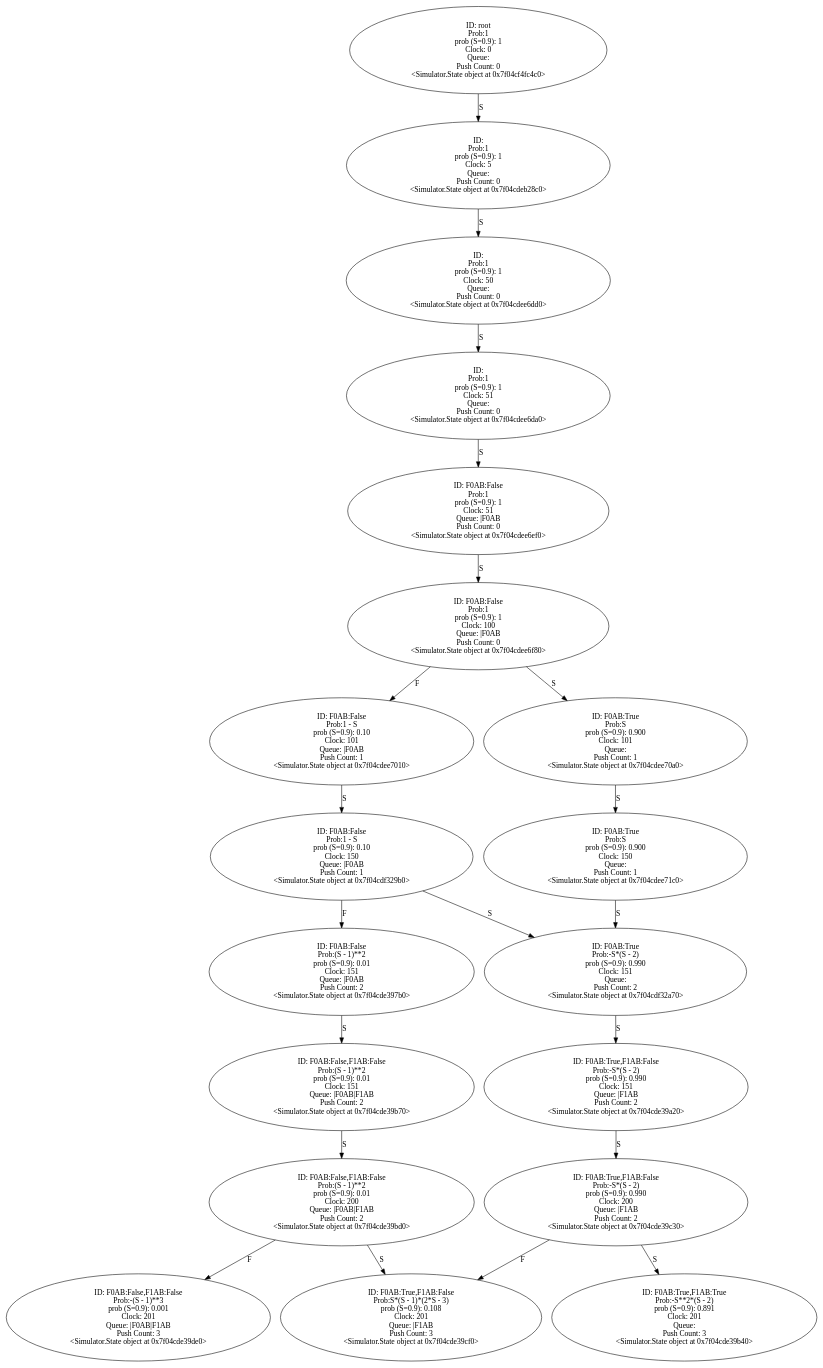
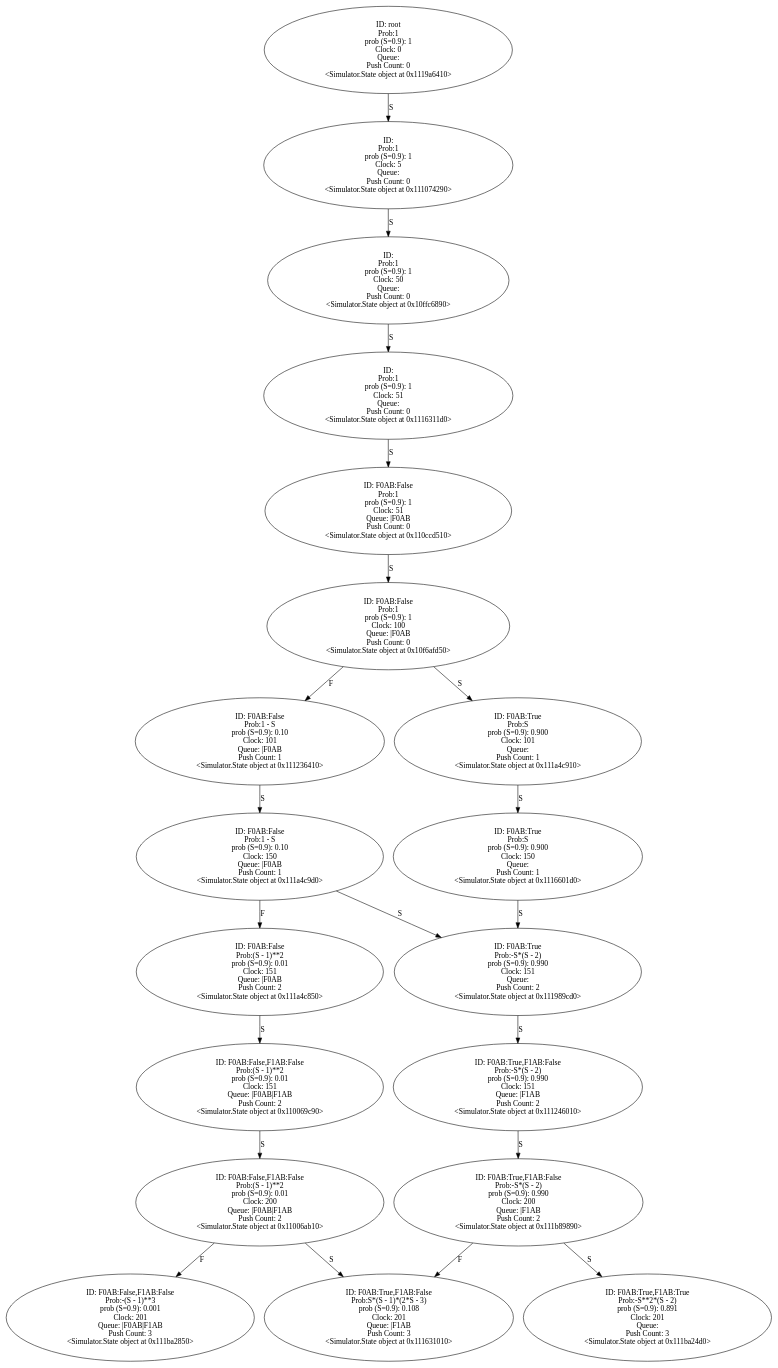
The diagram in Output/controled_frequency_S50_R100_t5_tPlus200.gv (YasinBoloorchi/WARP-Simulator), drawn with Graphviz before and after one commit. The commit also changed 26 other files, not shown here.

```diff
--- a/Output/controled_frequency_S50_R100_t5_tPlus200.gv
+++ b/Output/controled_frequency_S50_R100_t5_tPlus200.gv
@@ -1,155 +1,155 @@
 digraph "./Output/./controled_frequency_S50_R100_t5_tPlus200" {
-	<Simulator.State object at 0x7f04cf4fc4c0> [label="ID: root
+	<Simulator.State object at 0x1119a6410> [label="ID: root
 Prob:1
 prob (S=0.9): 1
 Clock: 0
 Queue: 
 Push Count: 0
-<Simulator.State object at 0x7f04cf4fc4c0>"]
-	<Simulator.State object at 0x7f04cf4fc4c0> -> <Simulator.State object at 0x7f04cdeb28c0> [label=S]
-	<Simulator.State object at 0x7f04cdeb28c0> [label="ID: 
+<Simulator.State object at 0x1119a6410>"]
+	<Simulator.State object at 0x1119a6410> -> <Simulator.State object at 0x111074290> [label=S]
+	<Simulator.State object at 0x111074290> [label="ID: 
 Prob:1
 prob (S=0.9): 1
 Clock: 5
 Queue: 
 Push Count: 0
-<Simulator.State object at 0x7f04cdeb28c0>"]
-	<Simulator.State object at 0x7f04cdeb28c0> -> <Simulator.State object at 0x7f04cdee6dd0> [label=S]
-	<Simulator.State object at 0x7f04cdee6dd0> [label="ID: 
+<Simulator.State object at 0x111074290>"]
+	<Simulator.State object at 0x111074290> -> <Simulator.State object at 0x10ffc6890> [label=S]
+	<Simulator.State object at 0x10ffc6890> [label="ID: 
 Prob:1
 prob (S=0.9): 1
 Clock: 50
 Queue: 
 Push Count: 0
-<Simulator.State object at 0x7f04cdee6dd0>"]
-	<Simulator.State object at 0x7f04cdee6dd0> -> <Simulator.State object at 0x7f04cdee6da0> [label=S]
-	<Simulator.State object at 0x7f04cdee6da0> [label="ID: 
+<Simulator.State object at 0x10ffc6890>"]
+	<Simulator.State object at 0x10ffc6890> -> <Simulator.State object at 0x1116311d0> [label=S]
+	<Simulator.State object at 0x1116311d0> [label="ID: 
 Prob:1
 prob (S=0.9): 1
 Clock: 51
 Queue: 
 Push Count: 0
-<Simulator.State object at 0x7f04cdee6da0>"]
-	<Simulator.State object at 0x7f04cdee6da0> -> <Simulator.State object at 0x7f04cdee6ef0> [label=S]
-	<Simulator.State object at 0x7f04cdee6ef0> [label="ID: F0AB:False
+<Simulator.State object at 0x1116311d0>"]
+	<Simulator.State object at 0x1116311d0> -> <Simulator.State object at 0x110ccd510> [label=S]
+	<Simulator.State object at 0x110ccd510> [label="ID: F0AB:False
 Prob:1
 prob (S=0.9): 1
 Clock: 51
 Queue: |F0AB
 Push Count: 0
-<Simulator.State object at 0x7f04cdee6ef0>"]
-	<Simulator.State object at 0x7f04cdee6ef0> -> <Simulator.State object at 0x7f04cdee6f80> [label=S]
-	<Simulator.State object at 0x7f04cdee6f80> [label="ID: F0AB:False
+<Simulator.State object at 0x110ccd510>"]
+	<Simulator.State object at 0x110ccd510> -> <Simulator.State object at 0x10f6afd50> [label=S]
+	<Simulator.State object at 0x10f6afd50> [label="ID: F0AB:False
 Prob:1
 prob (S=0.9): 1
 Clock: 100
 Queue: |F0AB
 Push Count: 0
-<Simulator.State object at 0x7f04cdee6f80>"]
-	<Simulator.State object at 0x7f04cdee6f80> -> <Simulator.State object at 0x7f04cdee7010> [label=F]
-	<Simulator.State object at 0x7f04cdee6f80> -> <Simulator.State object at 0x7f04cdee70a0> [label=S]
-	<Simulator.State object at 0x7f04cdee7010> [label="ID: F0AB:False
+<Simulator.State object at 0x10f6afd50>"]
+	<Simulator.State object at 0x10f6afd50> -> <Simulator.State object at 0x111236410> [label=F]
+	<Simulator.State object at 0x10f6afd50> -> <Simulator.State object at 0x111a4c910> [label=S]
+	<Simulator.State object at 0x111236410> [label="ID: F0AB:False
 Prob:1 - S
 prob (S=0.9): 0.10
 Clock: 101
 Queue: |F0AB
 Push Count: 1
-<Simulator.State object at 0x7f04cdee7010>"]
-	<Simulator.State object at 0x7f04cdee7010> -> <Simulator.State object at 0x7f04cdf329b0> [label=S]
-	<Simulator.State object at 0x7f04cdee70a0> [label="ID: F0AB:True
+<Simulator.State object at 0x111236410>"]
+	<Simulator.State object at 0x111236410> -> <Simulator.State object at 0x111a4c9d0> [label=S]
+	<Simulator.State object at 0x111a4c910> [label="ID: F0AB:True
 Prob:S
 prob (S=0.9): 0.900
 Clock: 101
 Queue: 
 Push Count: 1
-<Simulator.State object at 0x7f04cdee70a0>"]
-	<Simulator.State object at 0x7f04cdee70a0> -> <Simulator.State object at 0x7f04cdee71c0> [label=S]
-	<Simulator.State object at 0x7f04cdf329b0> [label="ID: F0AB:False
+<Simulator.State object at 0x111a4c910>"]
+	<Simulator.State object at 0x111a4c910> -> <Simulator.State object at 0x1116601d0> [label=S]
+	<Simulator.State object at 0x111a4c9d0> [label="ID: F0AB:False
 Prob:1 - S
 prob (S=0.9): 0.10
 Clock: 150
 Queue: |F0AB
 Push Count: 1
-<Simulator.State object at 0x7f04cdf329b0>"]
-	<Simulator.State object at 0x7f04cdf329b0> -> <Simulator.State object at 0x7f04cde397b0> [label=F]
-	<Simulator.State object at 0x7f04cdf329b0> -> <Simulator.State object at 0x7f04cdf32a70> [label=S]
-	<Simulator.State object at 0x7f04cdee71c0> [label="ID: F0AB:True
+<Simulator.State object at 0x111a4c9d0>"]
+	<Simulator.State object at 0x111a4c9d0> -> <Simulator.State object at 0x111a4c850> [label=F]
+	<Simulator.State object at 0x111a4c9d0> -> <Simulator.State object at 0x111989cd0> [label=S]
+	<Simulator.State object at 0x1116601d0> [label="ID: F0AB:True
 Prob:S
 prob (S=0.9): 0.900
 Clock: 150
 Queue: 
 Push Count: 1
-<Simulator.State object at 0x7f04cdee71c0>"]
-	<Simulator.State object at 0x7f04cdee71c0> -> <Simulator.State object at 0x7f04cdf32a70> [label=S]
-	<Simulator.State object at 0x7f04cde397b0> [label="ID: F0AB:False
+<Simulator.State object at 0x1116601d0>"]
+	<Simulator.State object at 0x1116601d0> -> <Simulator.State object at 0x111989cd0> [label=S]
+	<Simulator.State object at 0x111a4c850> [label="ID: F0AB:False
 Prob:(S - 1)**2
 prob (S=0.9): 0.01
 Clock: 151
 Queue: |F0AB
 Push Count: 2
-<Simulator.State object at 0x7f04cde397b0>"]
-	<Simulator.State object at 0x7f04cde397b0> -> <Simulator.State object at 0x7f04cde39b70> [label=S]
-	<Simulator.State object at 0x7f04cdf32a70> [label="ID: F0AB:True
+<Simulator.State object at 0x111a4c850>"]
+	<Simulator.State object at 0x111a4c850> -> <Simulator.State object at 0x110069c90> [label=S]
+	<Simulator.State object at 0x111989cd0> [label="ID: F0AB:True
 Prob:-S*(S - 2)
 prob (S=0.9): 0.990
 Clock: 151
 Queue: 
 Push Count: 2
-<Simulator.State object at 0x7f04cdf32a70>"]
-	<Simulator.State object at 0x7f04cdf32a70> -> <Simulator.State object at 0x7f04cde39a20> [label=S]
-	<Simulator.State object at 0x7f04cde39b70> [label="ID: F0AB:False,F1AB:False
+<Simulator.State object at 0x111989cd0>"]
+	<Simulator.State object at 0x111989cd0> -> <Simulator.State object at 0x111246010> [label=S]
+	<Simulator.State object at 0x110069c90> [label="ID: F0AB:False,F1AB:False
 Prob:(S - 1)**2
 prob (S=0.9): 0.01
 Clock: 151
 Queue: |F0AB|F1AB
 Push Count: 2
-<Simulator.State object at 0x7f04cde39b70>"]
-	<Simulator.State object at 0x7f04cde39b70> -> <Simulator.State object at 0x7f04cde39bd0> [label=S]
-	<Simulator.State object at 0x7f04cde39a20> [label="ID: F0AB:True,F1AB:False
+<Simulator.State object at 0x110069c90>"]
+	<Simulator.State object at 0x110069c90> -> <Simulator.State object at 0x11006ab10> [label=S]
+	<Simulator.State object at 0x111246010> [label="ID: F0AB:True,F1AB:False
 Prob:-S*(S - 2)
 prob (S=0.9): 0.990
 Clock: 151
 Queue: |F1AB
 Push Count: 2
-<Simulator.State object at 0x7f04cde39a20>"]
-	<Simulator.State object at 0x7f04cde39a20> -> <Simulator.State object at 0x7f04cde39c30> [label=S]
-	<Simulator.State object at 0x7f04cde39bd0> [label="ID: F0AB:False,F1AB:False
+<Simulator.State object at 0x111246010>"]
+	<Simulator.State object at 0x111246010> -> <Simulator.State object at 0x111b89890> [label=S]
+	<Simulator.State object at 0x11006ab10> [label="ID: F0AB:False,F1AB:False
 Prob:(S - 1)**2
 prob (S=0.9): 0.01
 Clock: 200
 Queue: |F0AB|F1AB
 Push Count: 2
-<Simulator.State object at 0x7f04cde39bd0>"]
-	<Simulator.State object at 0x7f04cde39bd0> -> <Simulator.State object at 0x7f04cde39de0> [label=F]
-	<Simulator.State object at 0x7f04cde39bd0> -> <Simulator.State object at 0x7f04cde39cf0> [label=S]
-	<Simulator.State object at 0x7f04cde39c30> [label="ID: F0AB:True,F1AB:False
+<Simulator.State object at 0x11006ab10>"]
+	<Simulator.State object at 0x11006ab10> -> <Simulator.State object at 0x111ba2850> [label=F]
+	<Simulator.State object at 0x11006ab10> -> <Simulator.State object at 0x111631010> [label=S]
+	<Simulator.State object at 0x111b89890> [label="ID: F0AB:True,F1AB:False
 Prob:-S*(S - 2)
 prob (S=0.9): 0.990
 Clock: 200
 Queue: |F1AB
 Push Count: 2
-<Simulator.State object at 0x7f04cde39c30>"]
-	<Simulator.State object at 0x7f04cde39c30> -> <Simulator.State object at 0x7f04cde39cf0> [label=F]
-	<Simulator.State object at 0x7f04cde39c30> -> <Simulator.State object at 0x7f04cde39b40> [label=S]
-	<Simulator.State object at 0x7f04cde39de0> [label="ID: F0AB:False,F1AB:False
+<Simulator.State object at 0x111b89890>"]
+	<Simulator.State object at 0x111b89890> -> <Simulator.State object at 0x111631010> [label=F]
+	<Simulator.State object at 0x111b89890> -> <Simulator.State object at 0x111ba24d0> [label=S]
+	<Simulator.State object at 0x111ba2850> [label="ID: F0AB:False,F1AB:False
 Prob:-(S - 1)**3
 prob (S=0.9): 0.001
 Clock: 201
 Queue: |F0AB|F1AB
 Push Count: 3
-<Simulator.State object at 0x7f04cde39de0>"]
-	<Simulator.State object at 0x7f04cde39cf0> [label="ID: F0AB:True,F1AB:False
+<Simulator.State object at 0x111ba2850>"]
+	<Simulator.State object at 0x111631010> [label="ID: F0AB:True,F1AB:False
 Prob:S*(S - 1)*(2*S - 3)
 prob (S=0.9): 0.108
 Clock: 201
 Queue: |F1AB
 Push Count: 3
-<Simulator.State object at 0x7f04cde39cf0>"]
-	<Simulator.State object at 0x7f04cde39b40> [label="ID: F0AB:True,F1AB:True
+<Simulator.State object at 0x111631010>"]
+	<Simulator.State object at 0x111ba24d0> [label="ID: F0AB:True,F1AB:True
 Prob:-S**2*(S - 2)
 prob (S=0.9): 0.891
 Clock: 201
 Queue: 
 Push Count: 3
-<Simulator.State object at 0x7f04cde39b40>"]
+<Simulator.State object at 0x111ba24d0>"]
 }
```
